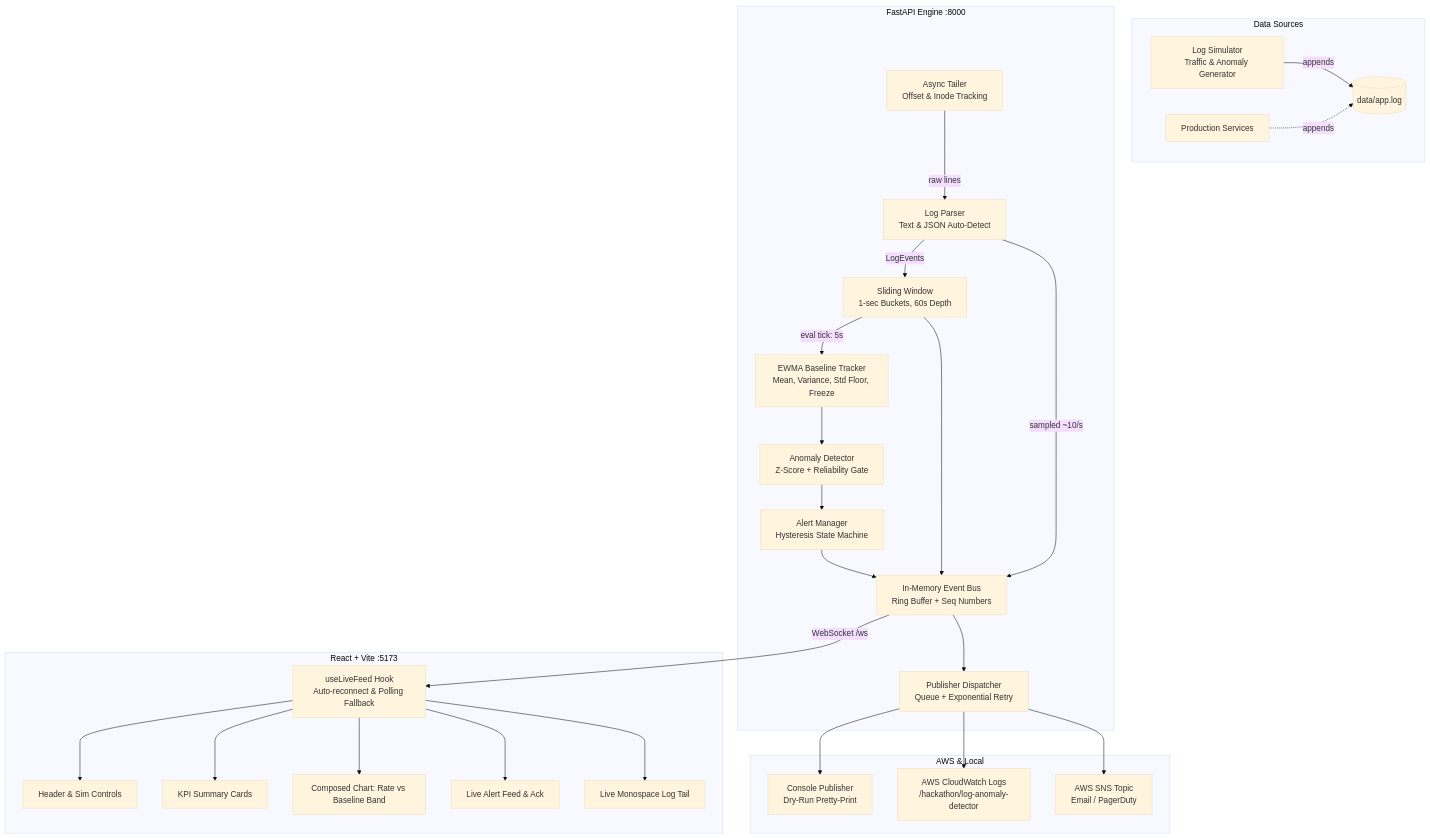
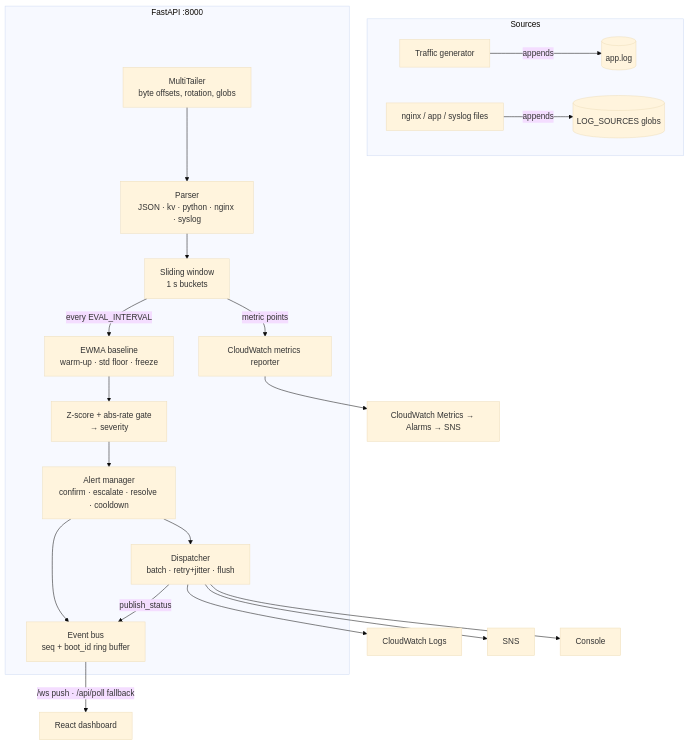
One commit to pronov06/log-watch changed the diagram in README.md. Above: the diagram before and after it, drawn with Mermaid (base theme). The commit also changed other lines of this file, not shown here.

Commit message:
docs: README for real-log mode, AWS stack, realtime transport, measured latency

````diff
--- a/README.md
+++ b/README.md
@@ -31,37 +103,21 @@
 ```mermaid
 flowchart TD
-    subgraph Data Sources
-        SIM[Log Simulator<br/>Traffic & Anomaly Generator] -->|appends| LOGFILE[(data/app.log)]
-        EXT[Production Services] -.->|appends| LOGFILE
+    subgraph Sources
+        SIM[Traffic generator] -->|appends| LOGFILE[(app.log)]
+        REAL[nginx / app / syslog files] -->|appends| LOGFILE2[(LOG_SOURCES globs)]
     end
-
-    subgraph Backend Engine [FastAPI Engine :8000]
-        TAILER[Async Tailer<br/>Offset & Inode Tracking] -->|raw lines| PARSER[Log Parser<br/>Text & JSON Auto-Detect]
-        PARSER -->|LogEvents| WINDOW[Sliding Window<br/>1-sec Buckets, 60s Depth]
-        
-        WINDOW -->|eval tick: 5s| BASELINE[EWMA Baseline Tracker<br/>Mean, Variance, Std Floor, Freeze]
-        BASELINE --> DETECTOR[Anomaly Detector<br/>Z-Score + Reliability Gate]
-        DETECTOR --> ALERTS[Alert Manager<br/>Hysteresis State Machine]
-        
-        ALERTS --> BUS[In-Memory Event Bus<br/>Ring Buffer + Seq Numbers]
-        WINDOW --> BUS
-        PARSER -->|sampled ~10/s| BUS
-        
-        BUS --> DISPATCHER[Publisher Dispatcher<br/>Queue + Exponential Retry]
+    subgraph Backend [FastAPI :8000]
+        TAILER[MultiTailer<br/>byte offsets, rotation, globs] --> PARSER[Parser<br/>JSON · kv · python · nginx · syslog]
+        PARSER --> WINDOW[Sliding window<br/>1 s buckets]
+        WINDOW -->|every EVAL_INTERVAL| BASELINE[EWMA baseline<br/>warm-up · std floor · freeze]
+        BASELINE --> DETECTOR[Z-score + abs-rate gate<br/>→ severity]
+        DETECTOR --> ALERTS[Alert manager<br/>confirm · escalate · resolve · cooldown]
+        ALERTS --> BUS[Event bus<br/>seq + boot_id ring buffer]
+        ALERTS --> DISPATCH[Dispatcher<br/>batch · retry+jitter · flush]
+        WINDOW -->|metric points| METRICS[CloudWatch metrics reporter]
     end
-
-    subgraph Alert Publishing [AWS & Local]
-        DISPATCHER --> CONSOLE[Console Publisher<br/>Dry-Run Pretty-Print]
-        DISPATCHER --> CW[AWS CloudWatch Logs<br/>/hackathon/log-anomaly-detector]
-        DISPATCHER --> SNS[AWS SNS Topic<br/>Email / PagerDuty]
-    end
-
-    subgraph Frontend Dashboard [React + Vite :5173]
-        BUS -->|WebSocket /ws| FEED[useLiveFeed Hook<br/>Auto-reconnect & Polling Fallback]
-        FEED --> HEADER[Header & Sim Controls]
-        FEED --> KPIS[KPI Summary Cards]
-        FEED --> CHART[Composed Chart: Rate vs Baseline Band]
-        FEED --> AFEED[Live Alert Feed & Ack]
-        FEED --> LOGS[Live Monospace Log Tail]
-    end
+    DISPATCH --> CWL[CloudWatch Logs] & SNSN[SNS] & CON[Console]
+    METRICS --> CWM[CloudWatch Metrics → Alarms → SNS]
+    DISPATCH -->|publish_status| BUS
+    BUS -->|/ws push · /api/poll fallback| UI[React dashboard]
 ```
````
